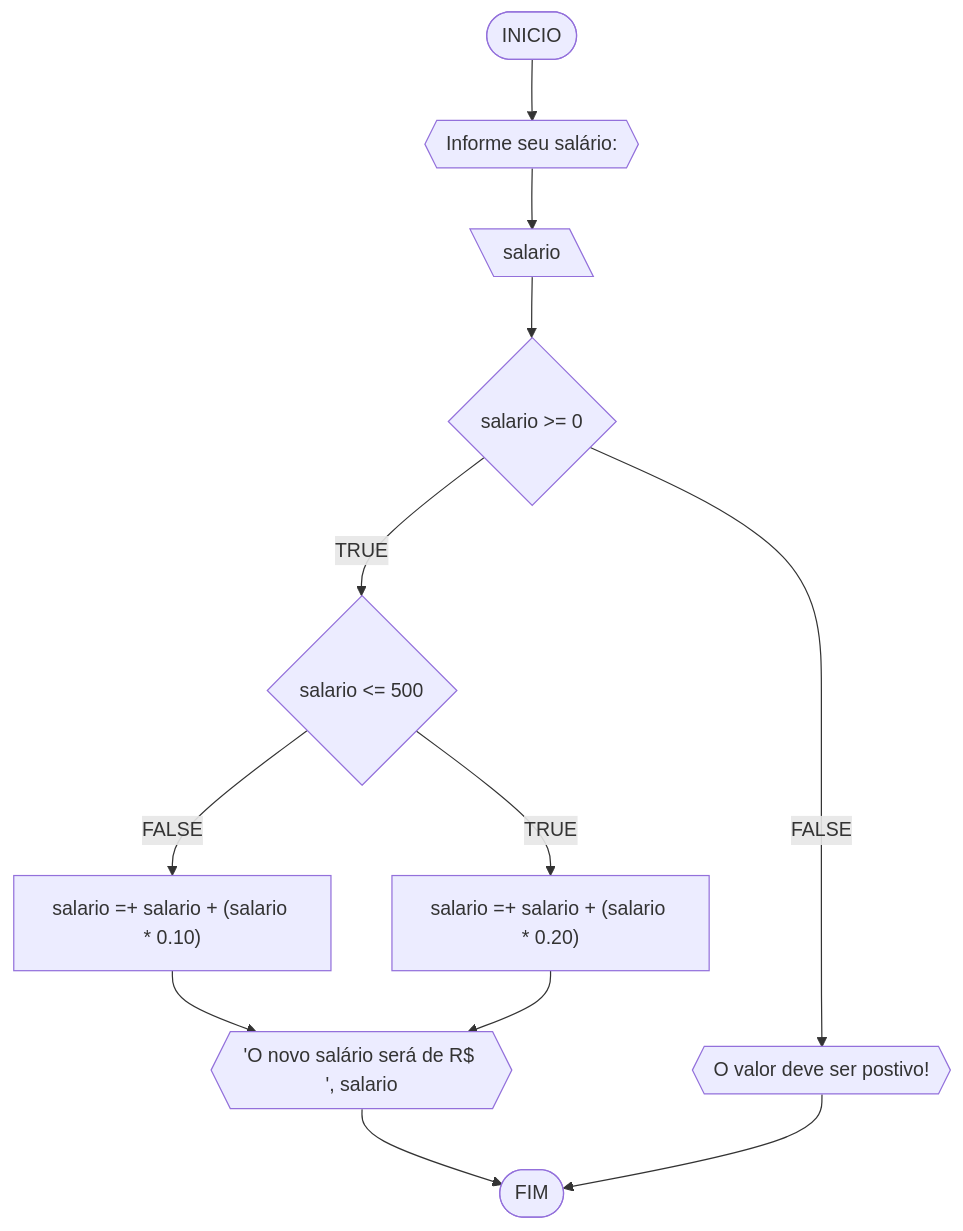
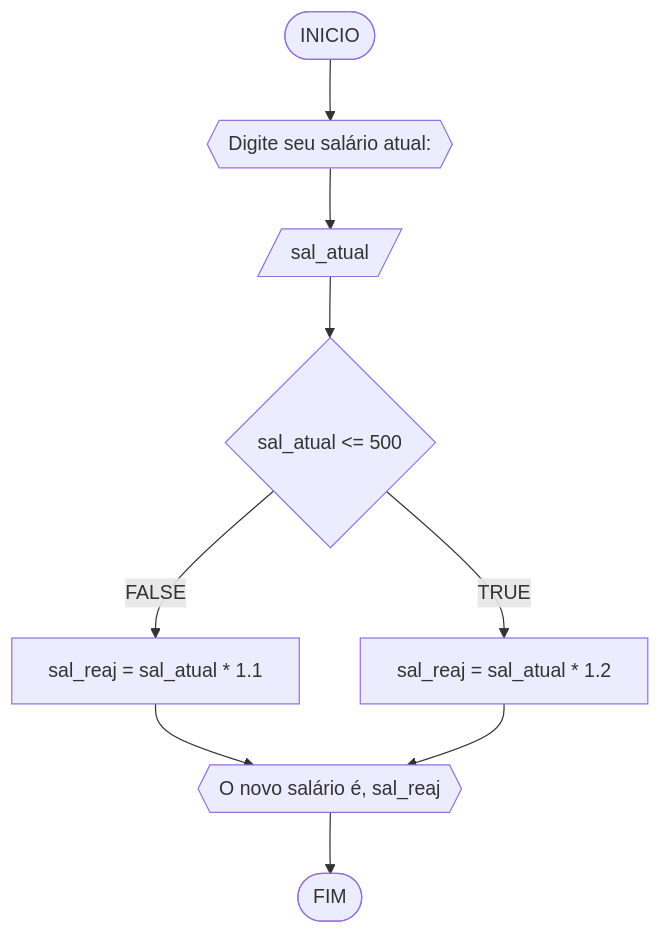
The second of 4 diagrams in RLA/lista1_exercicios.md (carollyra/UNIFOR), drawn with Mermaid before and after one commit. The commit also changed other lines of this file, not shown here.

````diff
--- a/RLA/lista1_exercicios.md
+++ b/RLA/lista1_exercicios.md
@@ -66,14 +79,11 @@
 ```mermaid
 flowchart TD
-A([INICIO]) --> B{{Informe seu salário:}}
-B --> C[\salario\]
-C --> D{salario >= 0}
-D --FALSE--> E{{"O valor deve ser postivo!"}}
-D --TRUE--> F{salario <= 500}
-F --FALSE--> G["salario =+ salario + (salario * 0.10)"]
-F --TRUE--> H["salario =+ salario + (salario * 0.20)"]
-G --> I{{'O novo salário será de R$ ', salario}}
-H --> I
-I --> J([FIM])
-E --> J
+A([INICIO]) --> B{{"Digite seu salário atual:"}}
+B --> C[/sal_atual/]
+C --> D{sal_atual <= 500}
+D --FALSE--> E[sal_reaj = sal_atual * 1.1]
+D --TRUE--> F[sal_reaj = sal_atual * 1.2]
+E --> G{{O novo salário é, sal_reaj}}
+F --> G
+G --> H([FIM])
 ```
````
